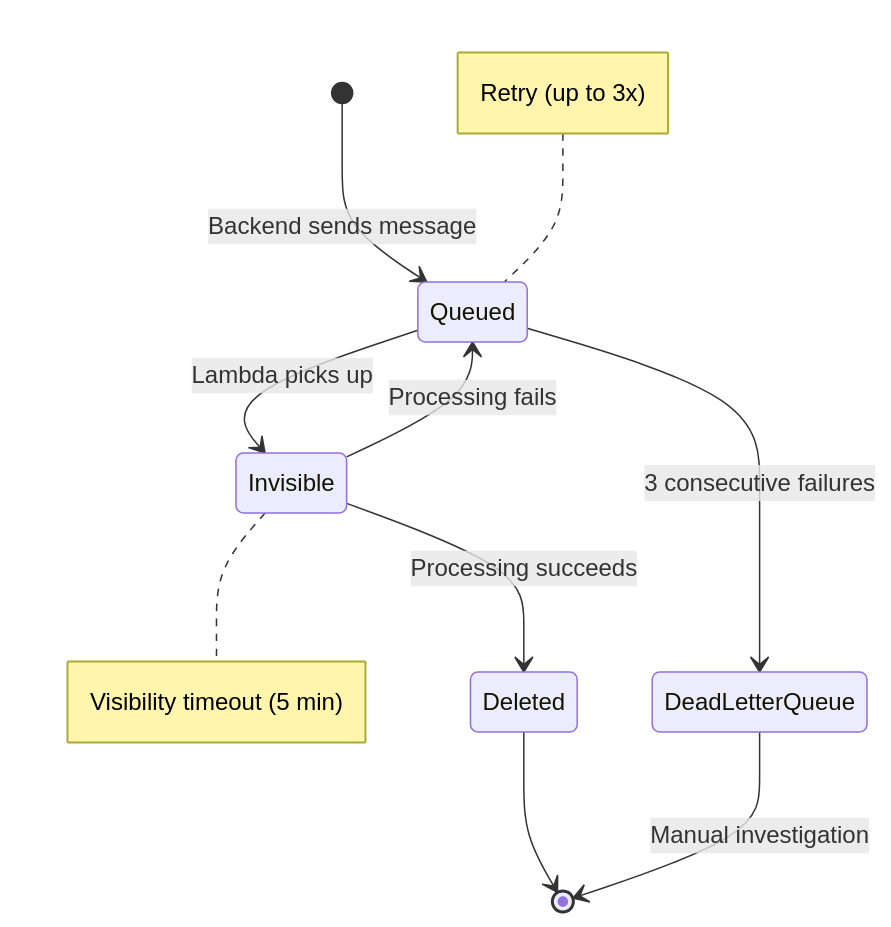
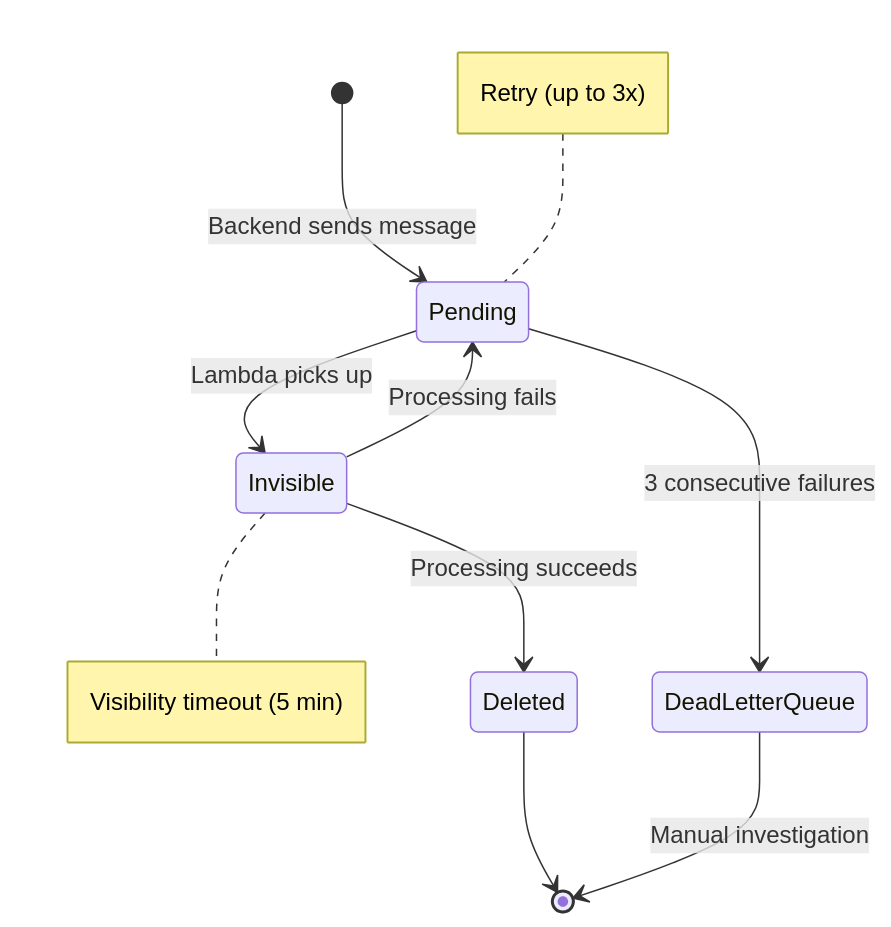
Before and after one commit to h19overflow/Student_Helper: the second of 4 diagrams in documentation/service_level/sqs-architecture.md, drawn with Mermaid. The commit also changed other lines of this file and 2 other files, not shown here.

Commit message:
Update API documentation to reflect endpoint changes for document management and job status. Rename 'documents' to 'docs' in API routes, and update job states terminology. Enhance health check endpoints for database and vector store connectivity.

````diff
--- a/documentation/service_level/sqs-architecture.md
+++ b/documentation/service_level/sqs-architecture.md
@@ -44,16 +44,16 @@
 ```mermaid
 stateDiagram-v2
-    [*] --> Queued: Backend sends message
+    [*] --> Pending: Backend sends message
 
-    Queued --> Invisible: Lambda picks up
+    Pending --> Invisible: Lambda picks up
     note right of Invisible: Visibility timeout (5 min)
 
     Invisible --> Deleted: Processing succeeds
     Deleted --> [*]
 
-    Invisible --> Queued: Processing fails
-    note left of Queued: Retry (up to 3x)
+    Invisible --> Pending: Processing fails
+    note left of Pending: Retry (up to 3x)
 
-    Queued --> DeadLetterQueue: 3 consecutive failures
+    Pending --> DeadLetterQueue: 3 consecutive failures
     DeadLetterQueue --> [*]: Manual investigation
 ```
````
